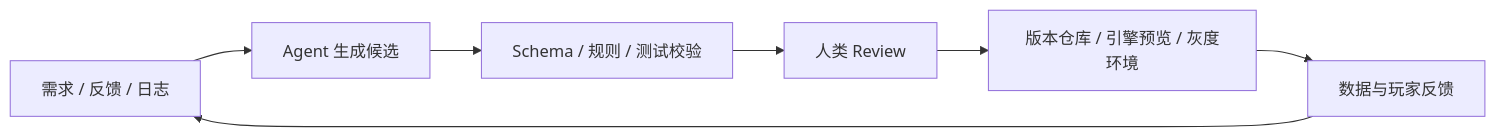
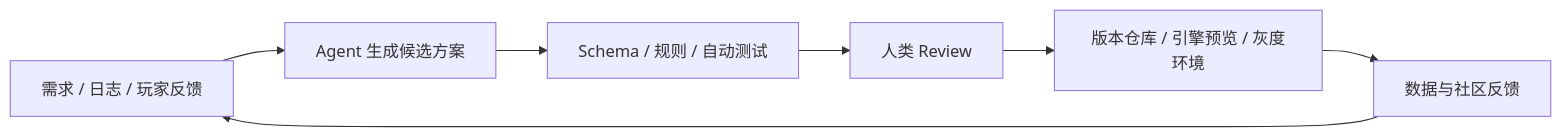
One commit to Hyacehila/hyacehila.github.io changed the diagram in _posts/2026-05-05-ai-agent-game-industry-pipeline.md. Above: the diagram before and after it, drawn with Mermaid. The commit also changed other lines of this file, not shown here.

Commit message:
Revise AI agent game industry post

````diff
--- a/_posts/2026-05-05-ai-agent-game-industry-pipeline.md
+++ b/_posts/2026-05-05-ai-agent-game-industry-pipeline.md
@@ -31,9 +31,9 @@
 ```mermaid
 flowchart LR
-  A[需求 / 反馈 / 日志] --> B[Agent 生成候选]
-  B --> C[Schema / 规则 / 测试校验]
+  A[需求 / 日志 / 玩家反馈] --> B[Agent 生成候选方案]
+  B --> C[Schema / 规则 / 自动测试]
   C --> D[人类 Review]
   D --> E[版本仓库 / 引擎预览 / 灰度环境]
-  E --> F[数据与玩家反馈]
+  E --> F[数据与社区反馈]
   F --> A
 ```
````
